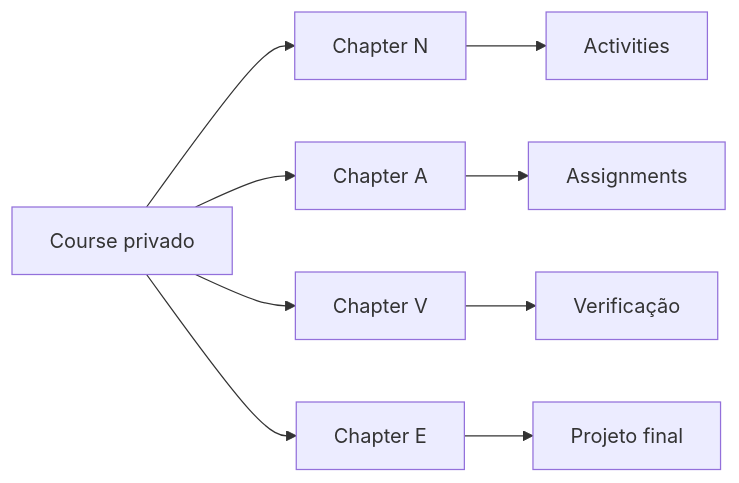
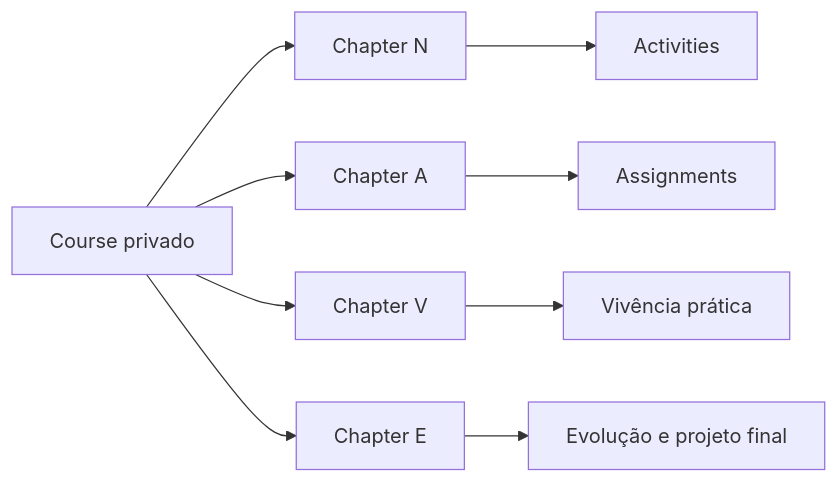
Before and after one commit to xpex-systems-ai/XPEX-ACADEMY: the diagram in docs/xpex/kelle-pilot/configuration/COURSE_BLUEPRINT.md, drawn with Mermaid. The commit also changed other lines of this file and 2 other files, not shown here.

````diff
--- a/docs/xpex/kelle-pilot/configuration/COURSE_BLUEPRINT.md
+++ b/docs/xpex/kelle-pilot/configuration/COURSE_BLUEPRINT.md
@@ -41,11 +41,11 @@
 ```mermaid
 flowchart LR
   C[Course privado] --> N[Chapter N]
   C --> A[Chapter A]
   C --> V[Chapter V]
   C --> E[Chapter E]
   N --> N1[Activities]
   A --> A1[Assignments]
-  V --> V1[Verificação]
-  E --> E1[Projeto final]
+  V --> V1[Vivência prática]
+  E --> E1[Evolução e projeto final]
 ```
````
